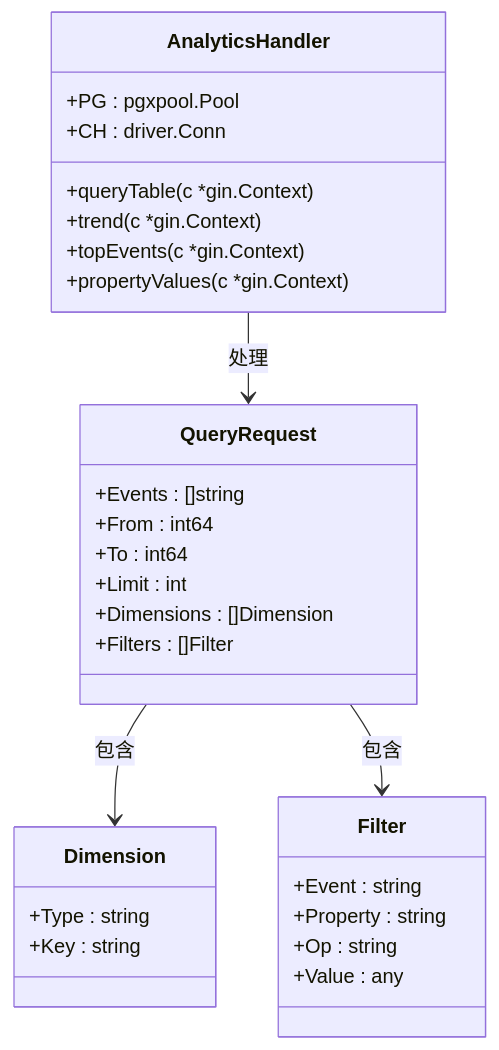
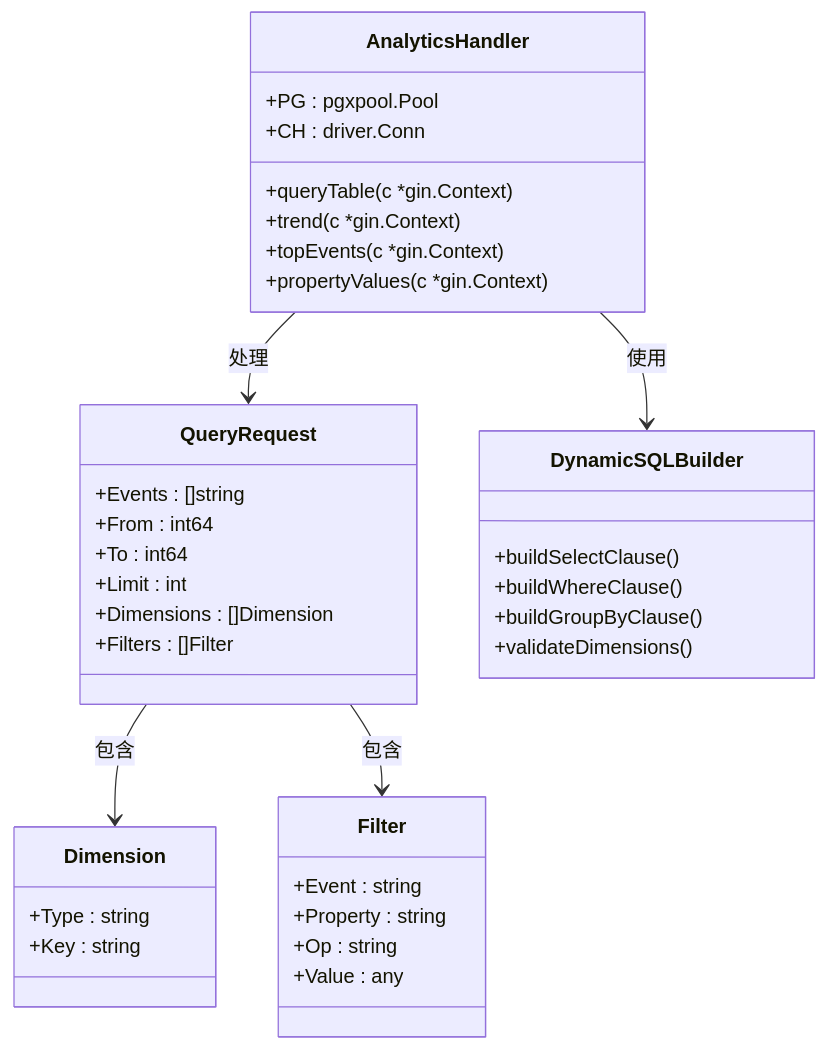
Before and after one commit to zhen-zhong/AeroLog: the fourth of 6 diagrams in .qoder/repowiki/zh/content/Web控制台/查询构建器.md, drawn with Mermaid. The commit also changed other lines of this file and 97 other files, not shown here.

````diff
--- a/.qoder/repowiki/zh/content/Web控制台/查询构建器.md
+++ b/.qoder/repowiki/zh/content/Web控制台/查询构建器.md
@@ -168,32 +200,39 @@
 ```mermaid
 classDiagram
 class AnalyticsHandler {
 +PG : pgxpool.Pool
 +CH : driver.Conn
 +queryTable(c *gin.Context)
 +trend(c *gin.Context)
 +topEvents(c *gin.Context)
 +propertyValues(c *gin.Context)
 }
 class QueryRequest {
 +Events : []string
 +From : int64
 +To : int64
 +Limit : int
 +Dimensions : []Dimension
 +Filters : []Filter
 }
 class Dimension {
 +Type : string
 +Key : string
 }
 class Filter {
 +Event : string
 +Property : string
 +Op : string
 +Value : any
 }
+class DynamicSQLBuilder {
++buildSelectClause()
++buildWhereClause()
++buildGroupByClause()
++validateDimensions()
+}
 AnalyticsHandler --> QueryRequest : 处理
 QueryRequest --> Dimension : 包含
 QueryRequest --> Filter : 包含
+AnalyticsHandler --> DynamicSQLBuilder : 使用
 ```
````
